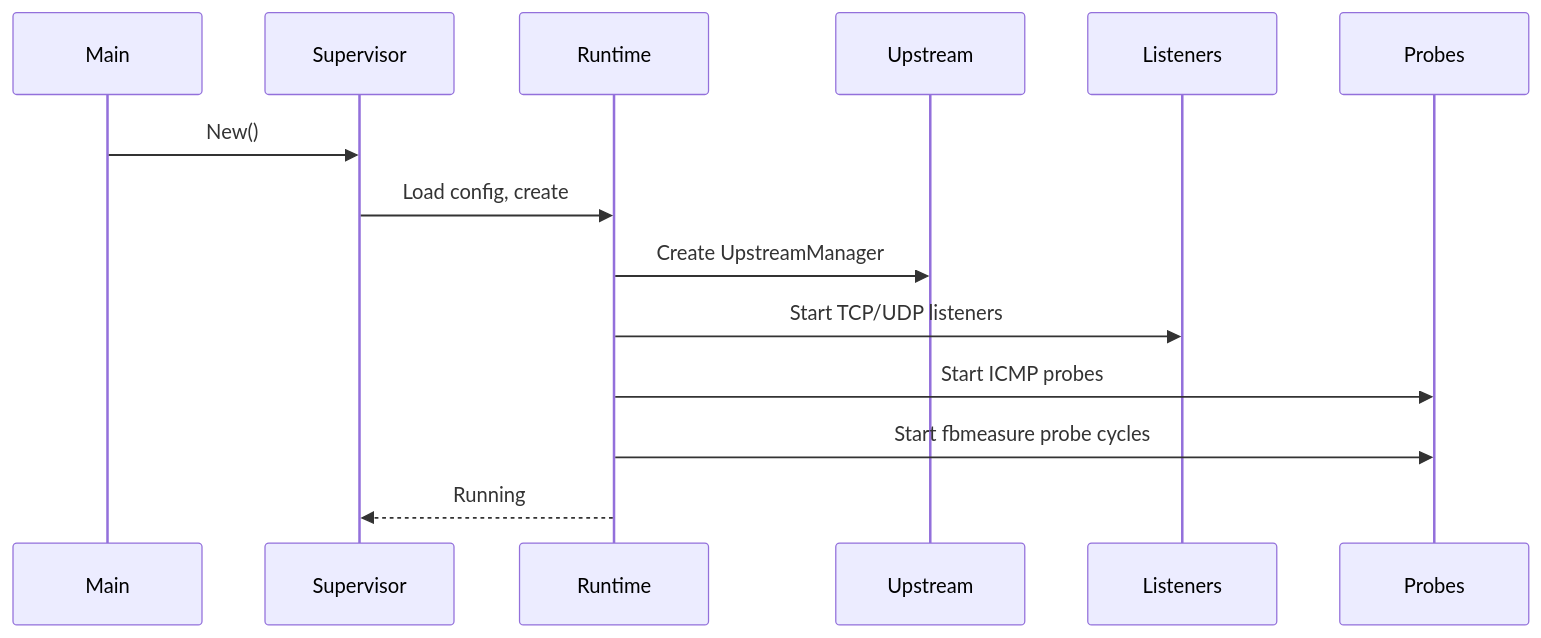
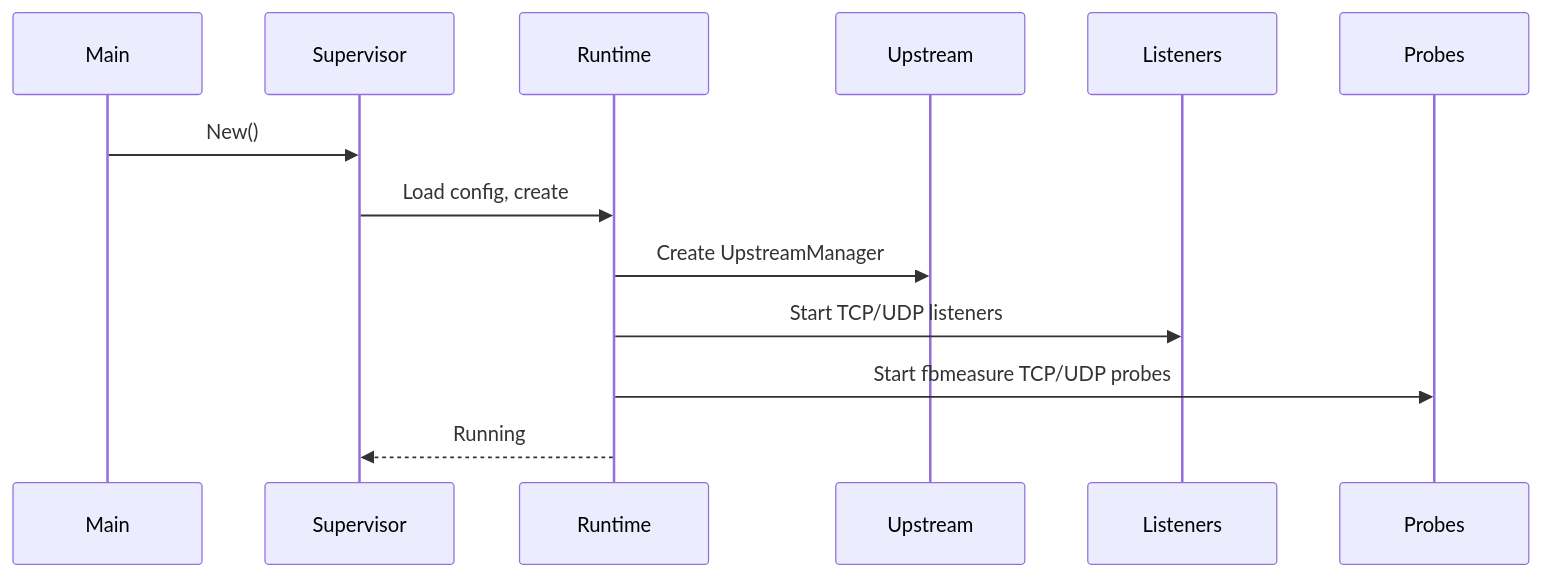
One commit to NodePath81/fbforward changed the third of 3 diagrams in doc/project-overview.md. Above: the diagram before and after it, drawn with Mermaid. The commit also changed other lines of this file and 29 other files, not shown here.

````diff
--- a/doc/project-overview.md
+++ b/doc/project-overview.md
@@ -211,17 +204,16 @@
 ```mermaid
 sequenceDiagram
     participant Main
     participant Supervisor
     participant Runtime
     participant Upstream
     participant Listeners
     participant Probes
 
     Main->>Supervisor: New()
     Supervisor->>Runtime: Load config, create
     Runtime->>Upstream: Create UpstreamManager
     Runtime->>Listeners: Start TCP/UDP listeners
-    Runtime->>Probes: Start ICMP probes
-    Runtime->>Probes: Start fbmeasure probe cycles
+    Runtime->>Probes: Start fbmeasure TCP/UDP probes
     Runtime-->>Supervisor: Running
 ```
````
